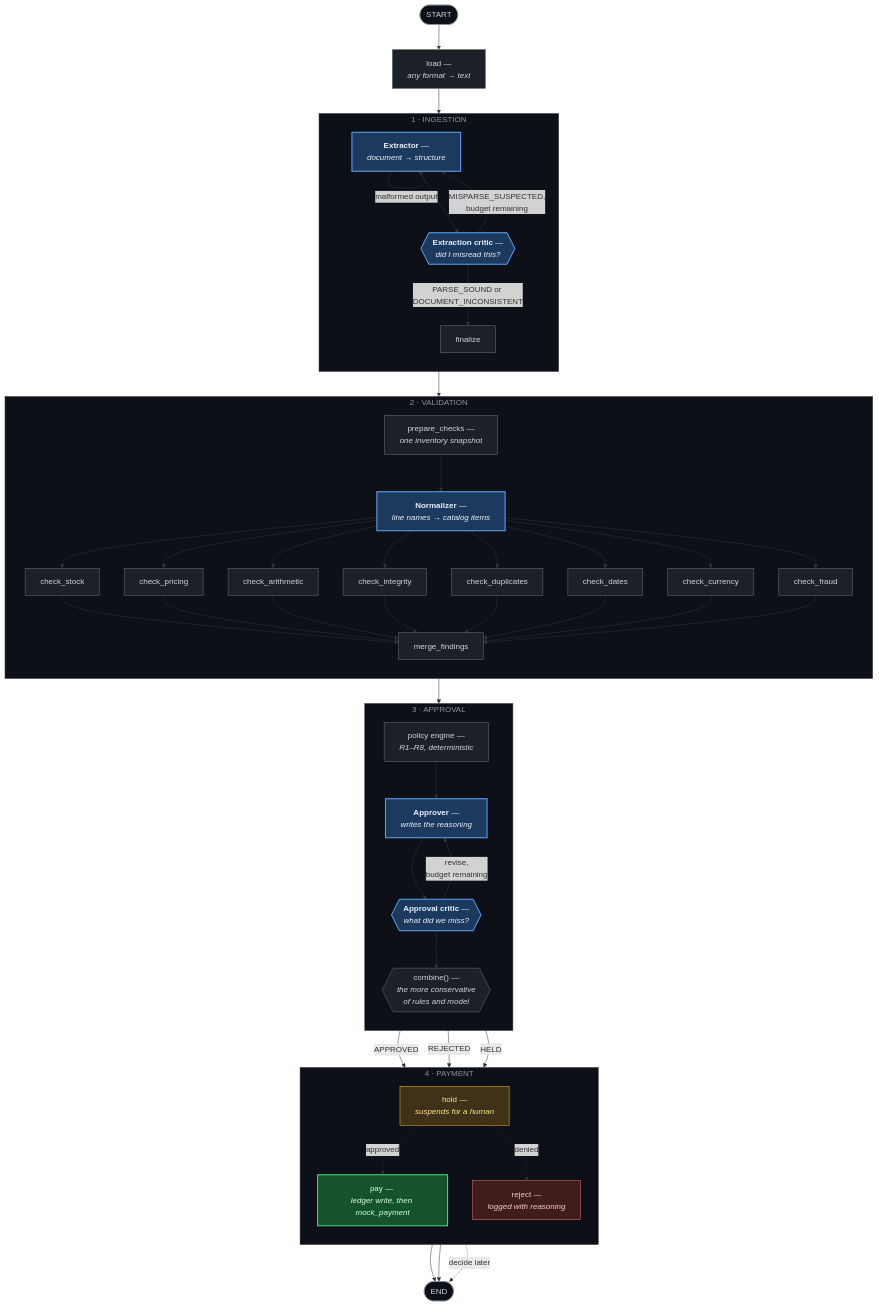
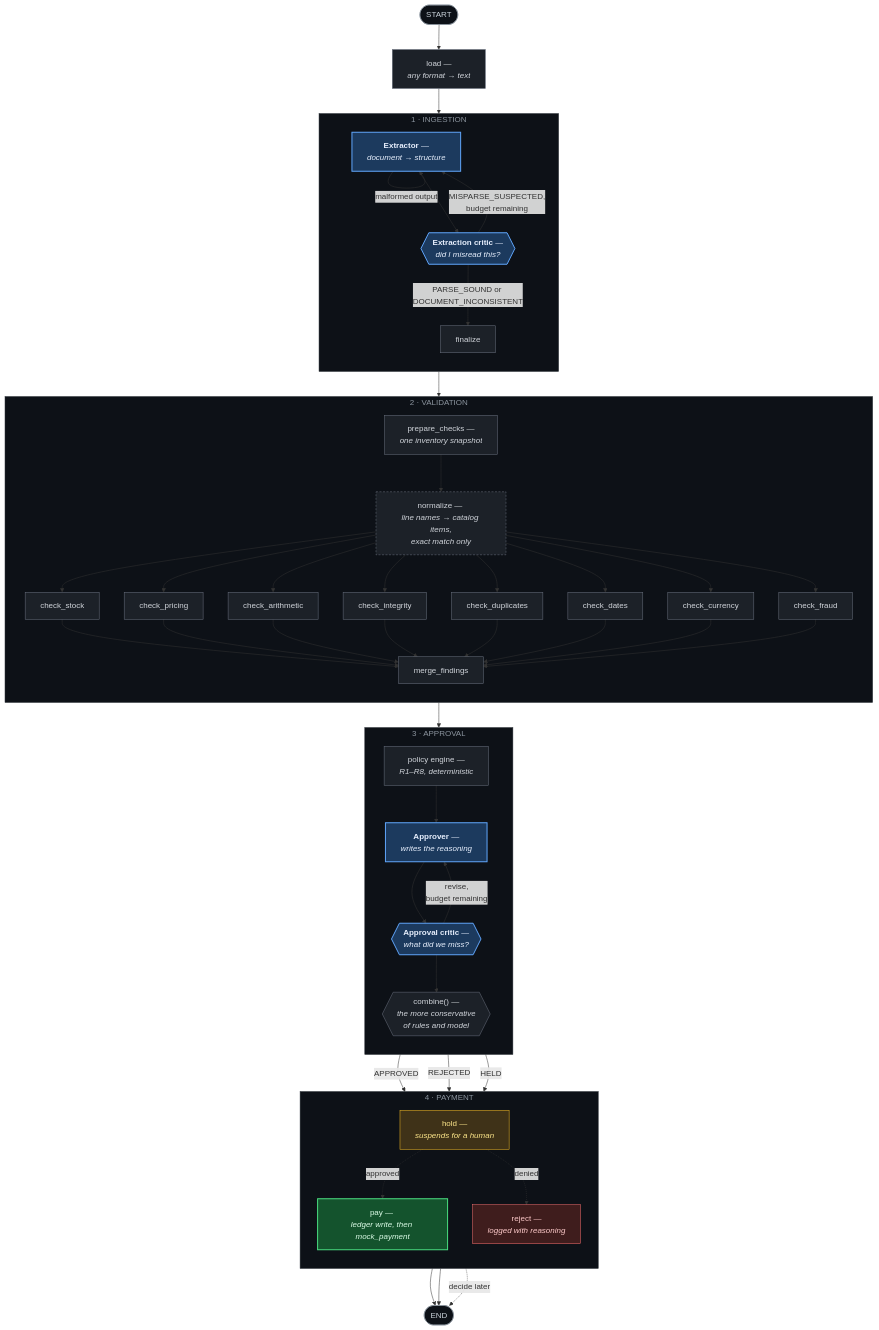
One commit to ianellis015/galatiq-case-invoices changed the diagram in README.md. Above: the diagram before and after it, drawn with Mermaid. The commit also changed other lines of this file and 3 other files, not shown here.

```diff
--- a/README.md
+++ b/README.md
@@ -275,7 +292,7 @@
 
     subgraph VALIDATE ["2 · VALIDATION"]
         direction TB
-        PREP --> NORM["<b>Normalizer</b> — <br/><i>line names → catalog items</i>"]
+        PREP --> NORM["normalize — <br/><i>line names → catalog items,</i><br/><i>exact match only</i>"]
         NORM --> C1["check_stock"]
         NORM --> C2["check_pricing"]
         NORM --> C3["check_arithmetic"]
@@ -324,13 +341,15 @@
 
     classDef agent fill:#1c3a5e,stroke:#60a5fa,stroke-width:2px,color:#e8f0fe
     classDef code fill:#1c2128,stroke:#6b7280,color:#d1d5db
+    classDef hybrid fill:#1c2128,stroke:#6b7280,stroke-dasharray:4 3,color:#d1d5db
     classDef money fill:#14532d,stroke:#4ade80,stroke-width:2px,color:#dcfce7
     classDef stop fill:#3f1d1d,stroke:#f87171,color:#fecaca
     classDef wait fill:#3f3218,stroke:#fbbf24,color:#fde68a
     classDef edge fill:#0d1117,stroke:#8b949e,color:#c9d1d9
 
-    class EXTRACT,ECRIT,NORM,APPROVER,ACRIT agent
+    class EXTRACT,ECRIT,APPROVER,ACRIT agent
     class LOAD,FINAL,PREP,MERGE,RULES,LOCK,C1,C2,C3,C4,C5,C6,C7,C8 code
+    class NORM hybrid
     class PAY money
     class REJ stop
     class HOLD wait
```
